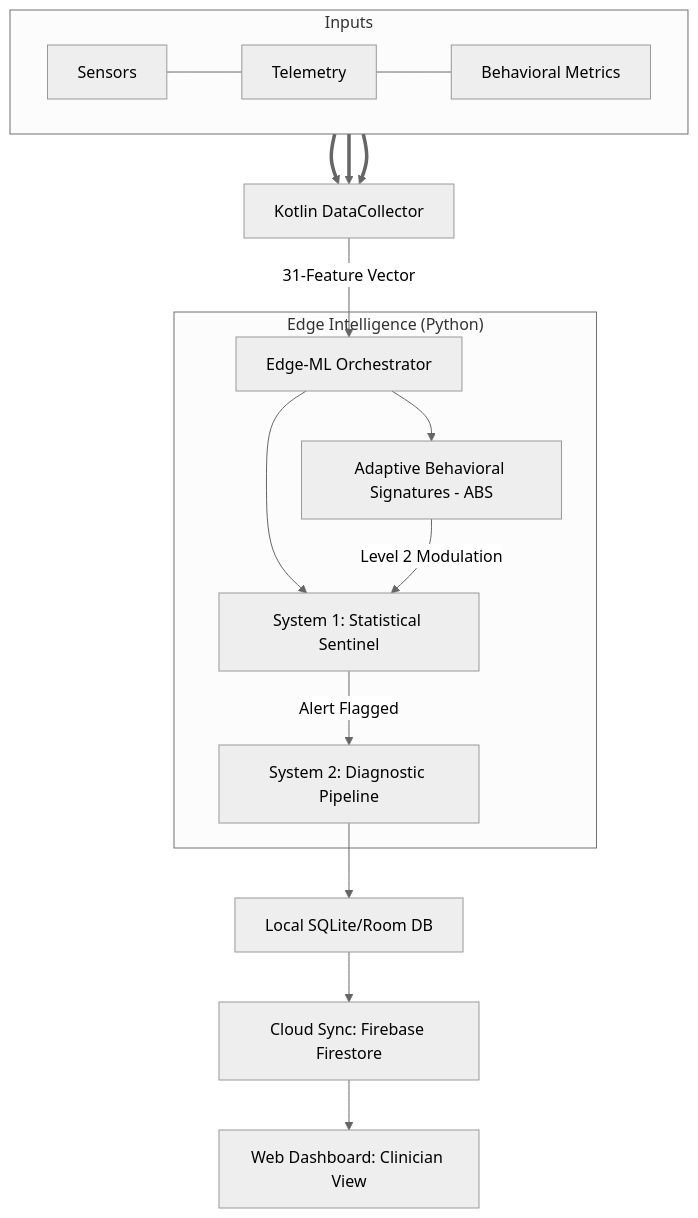
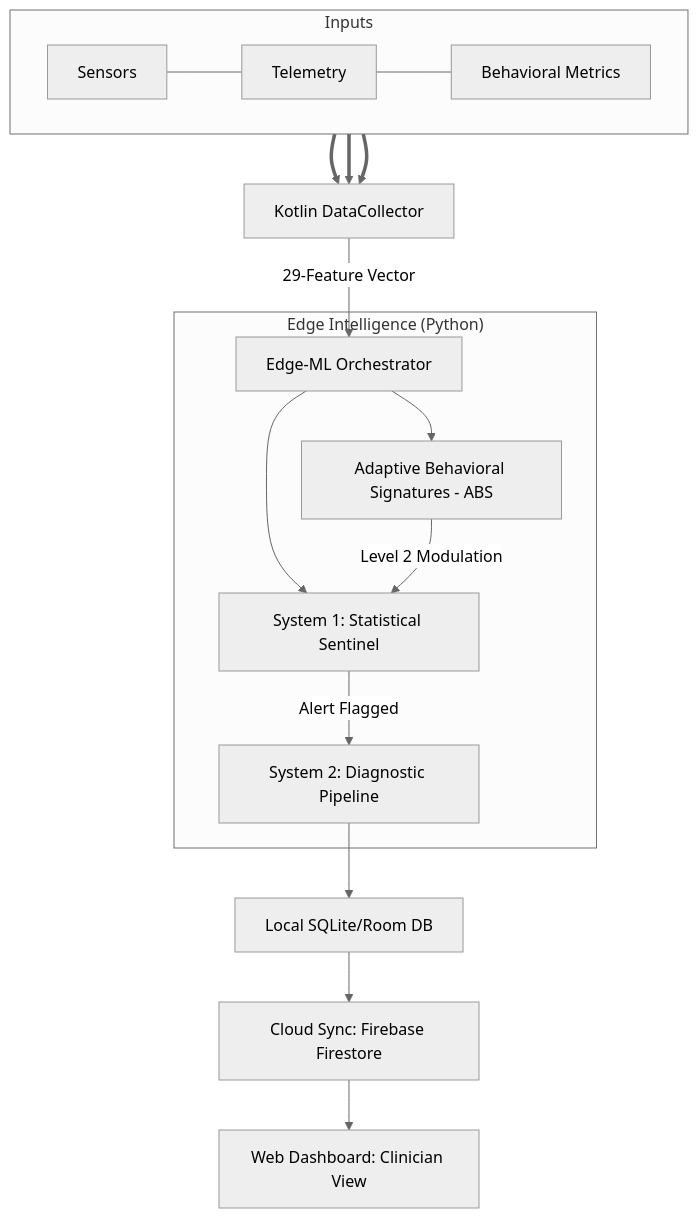
Before and after one commit to Sparrow375/Mental-Health-Detection-ML: the diagram in Architecture.md, drawn with Mermaid (neutral theme). The commit also changed other lines of this file and 99 other files, not shown here.

````diff
--- a/Architecture.md
+++ b/Architecture.md
@@ -20,23 +20,23 @@
 ```mermaid
 graph TD
     %% Inputs
     subgraph "Inputs"
         direction LR
         S[Sensors] --- U[Telemetry] --- T[Behavioral Metrics]
     end
 
     %% Pipeline
     S & U & T ==> K[Kotlin DataCollector]
-    K -->|31-Feature Vector| E[Edge-ML Orchestrator]
+    K -->|29-Feature Vector| E[Edge-ML Orchestrator]
     
     subgraph "Edge Intelligence (Python)"
         E --> S1[System 1: Statistical Sentinel]
         E --> ABS[Adaptive Behavioral Signatures - ABS]
         ABS -->|Level 2 Modulation| S1
         S1 -->|Alert Flagged| S2[System 2: Diagnostic Pipeline]
     end
     
     S2 --> DB[Local SQLite/Room DB]
     DB --> Cloud[Cloud Sync: Firebase Firestore]
     Cloud --> Web[Web Dashboard: Clinician View]
 ```
````
